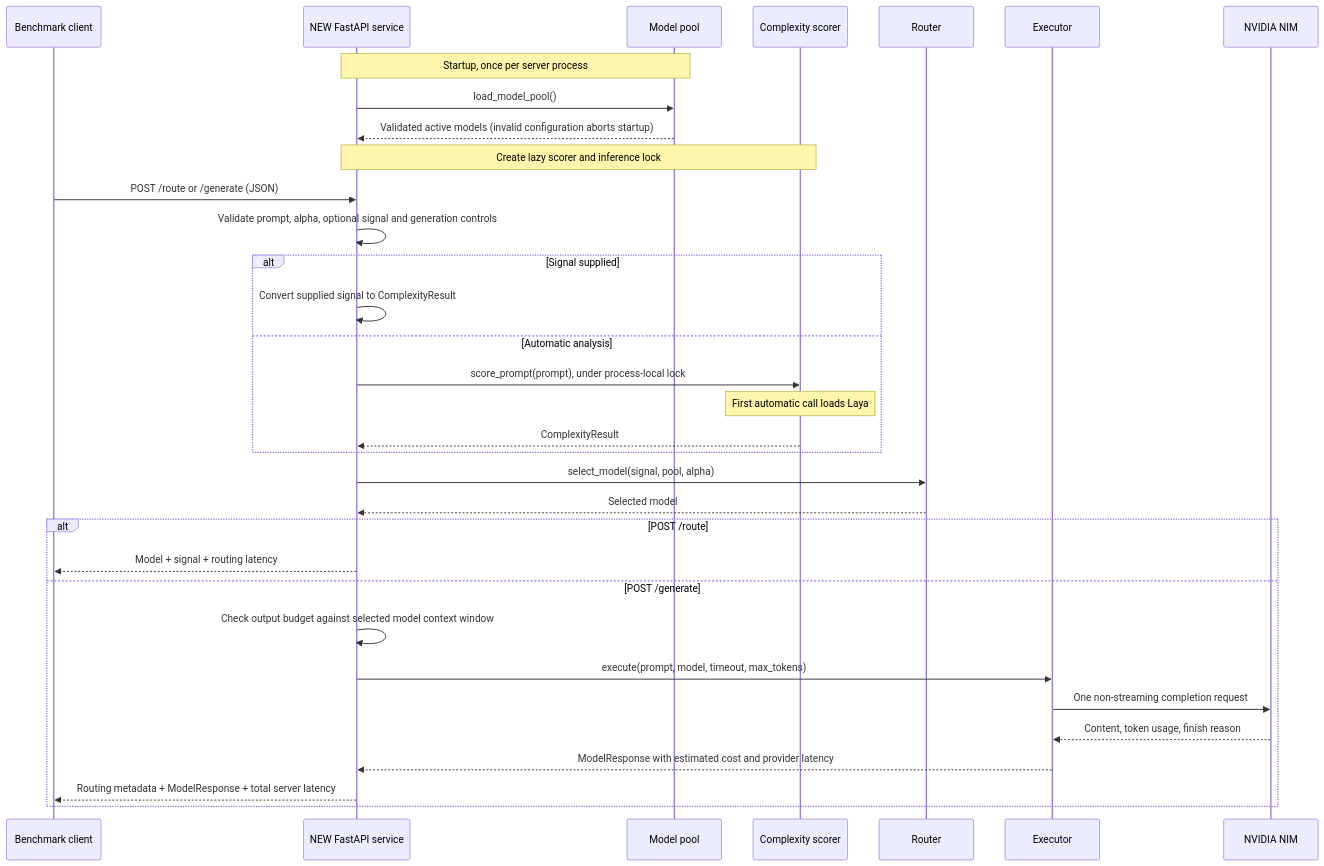
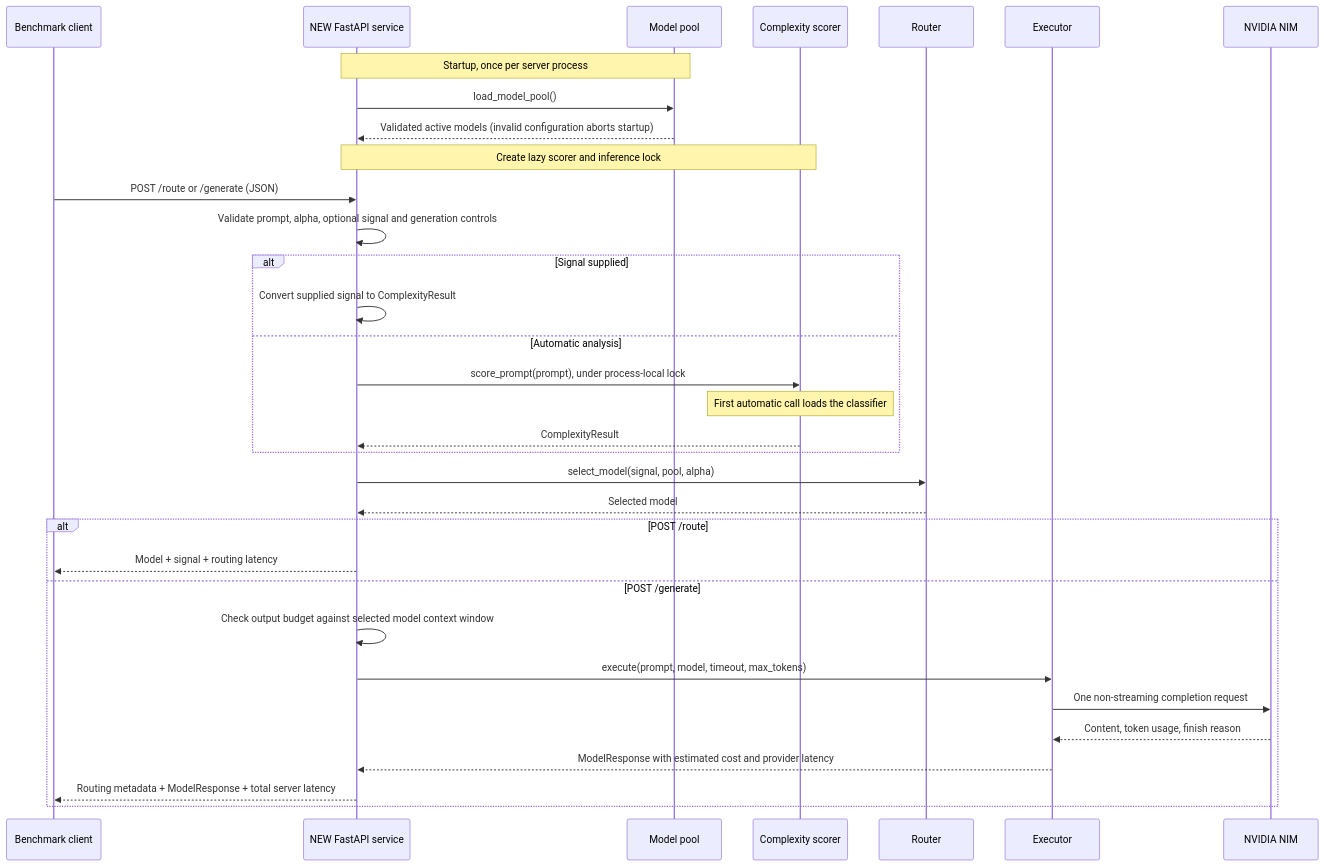
Before and after one commit to emrailklmin/Lonn: the third of 5 diagrams in docs/Prototype_architecture.md, drawn with Mermaid. The commit also changed other lines of this file and 22 other files, not shown here.

````diff
--- a/docs/Prototype_architecture.md
+++ b/docs/Prototype_architecture.md
@@ -331,35 +331,35 @@
 ```mermaid
 sequenceDiagram
     participant B as Benchmark client
     participant API as NEW FastAPI service
     participant MP as Model pool
     participant CS as Complexity scorer
     participant R as Router
     participant E as Executor
     participant N as NVIDIA NIM
     Note over API,MP: Startup, once per server process
     API->>MP: load_model_pool()
     MP-->>API: Validated active models (invalid configuration aborts startup)
     Note over API,CS: Create lazy scorer and inference lock
     B->>API: POST /route or /generate (JSON)
     API->>API: Validate prompt, alpha, optional signal and generation controls
     alt Signal supplied
         API->>API: Convert supplied signal to ComplexityResult
     else Automatic analysis
         API->>CS: score_prompt(prompt), under process-local lock
-        Note over CS: First automatic call loads Laya
+        Note over CS: First automatic call loads the classifier
         CS-->>API: ComplexityResult
     end
     API->>R: select_model(signal, pool, alpha)
     R-->>API: Selected model
     alt POST /route
         API-->>B: Model + signal + routing latency
     else POST /generate
         API->>API: Check output budget against selected model context window
         API->>E: execute(prompt, model, timeout, max_tokens)
         E->>N: One non-streaming completion request
         N-->>E: Content, token usage, finish reason
         E-->>API: ModelResponse with estimated cost and provider latency
         API-->>B: Routing metadata + ModelResponse + total server latency
     end
 ```
````
